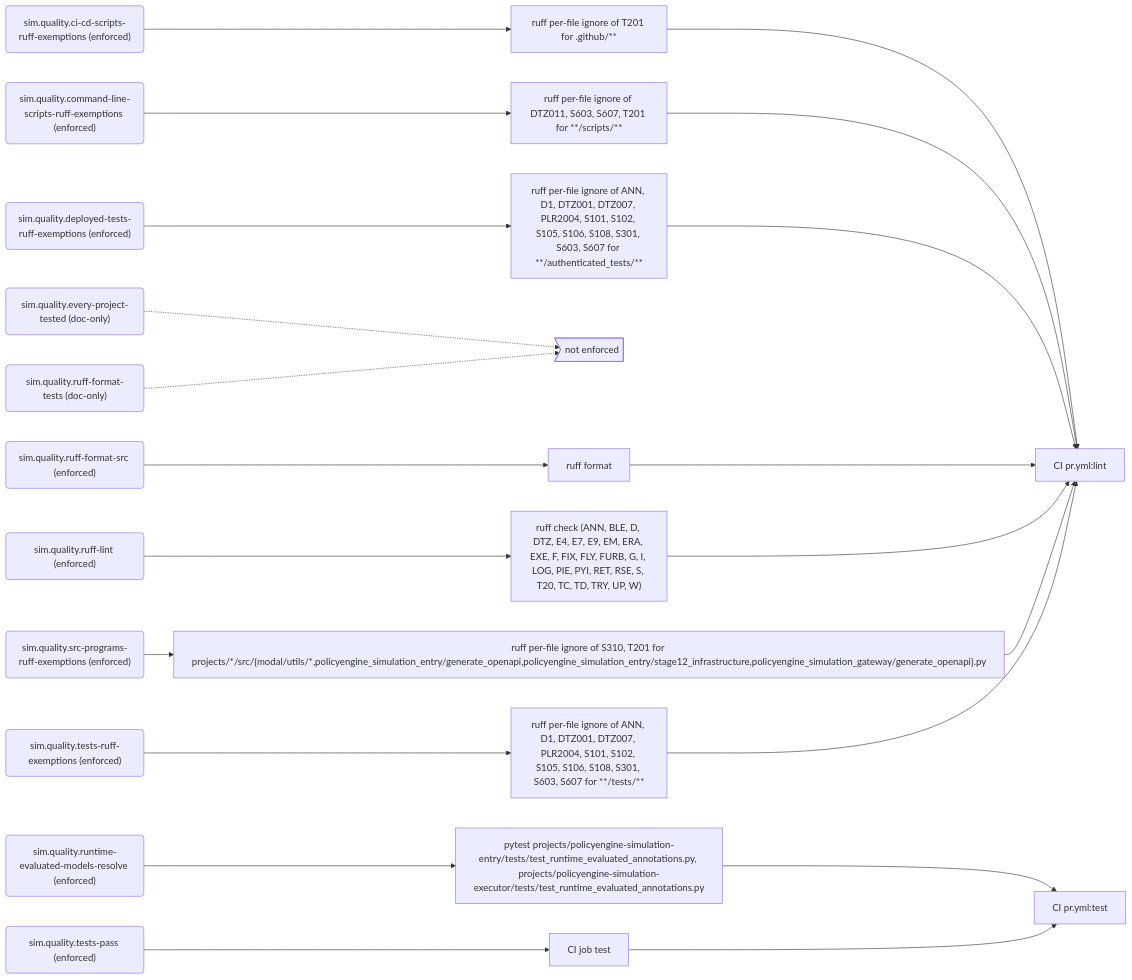
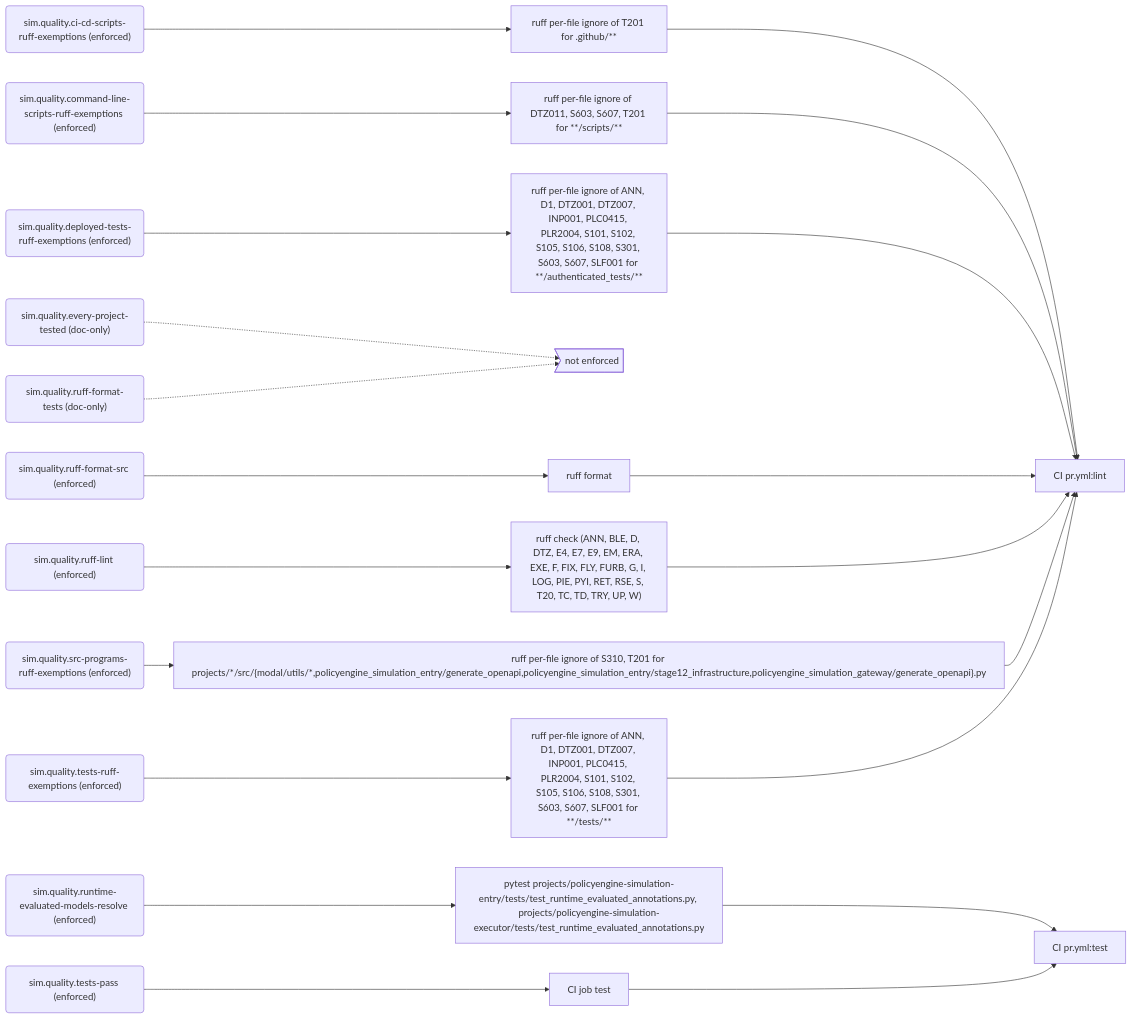
The sixth of 8 diagrams in docs/generated/rules.md (PolicyEngine/policyengine-sim-api), drawn with Mermaid before and after one commit. The commit also changed other lines of this file and 3 other files, not shown here.

First line of the commit message:
Exempt tests from SLF001, INP001 and PLC0415

````diff
--- a/docs/generated/rules.md
+++ b/docs/generated/rules.md
@@ -261,46 +261,46 @@
 ```mermaid
 flowchart LR
   r_sim_quality_ci_cd_scripts_ruff_exemptions("sim.quality.ci-cd-scripts-ruff-exemptions (enforced)")
   e_ruff_per_file_ignore_of_T201_for__github___["ruff per-file ignore of T201 for .github/**"]
   j_CI_pr_yml_lint["CI pr.yml:lint"]
   r_sim_quality_command_line_scripts_ruff_exemptions("sim.quality.command-line-scripts-ruff-exemptions (enforced)")
   e_ruff_per_file_ignore_of_DTZ011__S603__S607__T201_for____scripts___["ruff per-file ignore of DTZ011, S603, S607, T201 for **/scripts/**"]
   r_sim_quality_deployed_tests_ruff_exemptions("sim.quality.deployed-tests-ruff-exemptions (enforced)")
-  e_ruff_per_file_ignore_of_ANN__D1__DTZ001__DTZ007__PLR2004__S101__S102__S105__S106__S108__S301__S603__S607_for____authenticated_tests___["ruff per-file ignore of ANN, D1, DTZ001, DTZ007, PLR2004, S101, S102, S105, S106, S108, S301, S603, S607 for **/authenticated_tests/**"]
+  e_ruff_per_file_ignore_of_ANN__D1__DTZ001__DTZ007__INP001__PLC0415__PLR2004__S101__S102__S105__S106__S108__S301__S603__S607__SLF001_for____authenticated_tests___["ruff per-file ignore of ANN, D1, DTZ001, DTZ007, INP001, PLC0415, PLR2004, S101, S102, S105, S106, S108, S301, S603, S607, SLF001 for **/authenticated_tests/**"]
   r_sim_quality_every_project_tested("sim.quality.every-project-tested (doc-only)")
   gap_unenforced>"not enforced"]
   r_sim_quality_ruff_format_src("sim.quality.ruff-format-src (enforced)")
   e_ruff_format["ruff format"]
   r_sim_quality_ruff_format_tests("sim.quality.ruff-format-tests (doc-only)")
   r_sim_quality_ruff_lint("sim.quality.ruff-lint (enforced)")
   e_ruff_check__ANN__BLE__D__DTZ__E4__E7__E9__EM__ERA__EXE__F__FIX__FLY__FURB__G__I__LOG__PIE__PYI__RET__RSE__S__T20__TC__TD__TRY__UP__W_["ruff check (ANN, BLE, D, DTZ, E4, E7, E9, EM, ERA, EXE, F, FIX, FLY, FURB, G, I, LOG, PIE, PYI, RET, RSE, S, T20, TC, TD, TRY, UP, W)"]
   r_sim_quality_runtime_evaluated_models_resolve("sim.quality.runtime-evaluated-models-resolve (enforced)")
   e_pytest_projects_policyengine_simulation_entry_tests_test_runtime_evaluated_annotations_py__projects_policyengine_simulation_executor_tests_test_runtime_evaluated_annotations_py["pytest projects/policyengine-simulation-entry/tests/test_runtime_evaluated_annotations.py, projects/policyengine-simulation-executor/tests/test_runtime_evaluated_annotations.py"]
   j_CI_pr_yml_test["CI pr.yml:test"]
   r_sim_quality_src_programs_ruff_exemptions("sim.quality.src-programs-ruff-exemptions (enforced)")
   e_ruff_per_file_ignore_of_S310__T201_for_projects___src__modal_utils___policyengine_simulation_entry_generate_openapi_policyengine_simulation_entry_stage12_infrastructure_policyengine_simulation_gateway_generate_openapi__py["ruff per-file ignore of S310, T201 for projects/*/src/{modal/utils/*,policyengine_simulation_entry/generate_openapi,policyengine_simulation_entry/stage12_infrastructure,policyengine_simulation_gateway/generate_openapi}.py"]
   r_sim_quality_tests_pass("sim.quality.tests-pass (enforced)")
   e_CI_job_test["CI job test"]
   r_sim_quality_tests_ruff_exemptions("sim.quality.tests-ruff-exemptions (enforced)")
-  e_ruff_per_file_ignore_of_ANN__D1__DTZ001__DTZ007__PLR2004__S101__S102__S105__S106__S108__S301__S603__S607_for____tests___["ruff per-file ignore of ANN, D1, DTZ001, DTZ007, PLR2004, S101, S102, S105, S106, S108, S301, S603, S607 for **/tests/**"]
+  e_ruff_per_file_ignore_of_ANN__D1__DTZ001__DTZ007__INP001__PLC0415__PLR2004__S101__S102__S105__S106__S108__S301__S603__S607__SLF001_for____tests___["ruff per-file ignore of ANN, D1, DTZ001, DTZ007, INP001, PLC0415, PLR2004, S101, S102, S105, S106, S108, S301, S603, S607, SLF001 for **/tests/**"]
   r_sim_quality_ci_cd_scripts_ruff_exemptions --> e_ruff_per_file_ignore_of_T201_for__github___
   e_ruff_per_file_ignore_of_T201_for__github___ --> j_CI_pr_yml_lint
   r_sim_quality_command_line_scripts_ruff_exemptions --> e_ruff_per_file_ignore_of_DTZ011__S603__S607__T201_for____scripts___
   e_ruff_per_file_ignore_of_DTZ011__S603__S607__T201_for____scripts___ --> j_CI_pr_yml_lint
-  r_sim_quality_deployed_tests_ruff_exemptions --> e_ruff_per_file_ignore_of_ANN__D1__DTZ001__DTZ007__PLR2004__S101__S102__S105__S106__S108__S301__S603__S607_for____authenticated_tests___
-  e_ruff_per_file_ignore_of_ANN__D1__DTZ001__DTZ007__PLR2004__S101__S102__S105__S106__S108__S301__S603__S607_for____authenticated_tests___ --> j_CI_pr_yml_lint
+  r_sim_quality_deployed_tests_ruff_exemptions --> e_ruff_per_file_ignore_of_ANN__D1__DTZ001__DTZ007__INP001__PLC0415__PLR2004__S101__S102__S105__S106__S108__S301__S603__S607__SLF001_for____authenticated_tests___
+  e_ruff_per_file_ignore_of_ANN__D1__DTZ001__DTZ007__INP001__PLC0415__PLR2004__S101__S102__S105__S106__S108__S301__S603__S607__SLF001_for____authenticated_tests___ --> j_CI_pr_yml_lint
   r_sim_quality_every_project_tested -.-> gap_unenforced
   r_sim_quality_ruff_format_src --> e_ruff_format
   e_ruff_format --> j_CI_pr_yml_lint
   r_sim_quality_ruff_format_tests -.-> gap_unenforced
   r_sim_quality_ruff_lint --> e_ruff_check__ANN__BLE__D__DTZ__E4__E7__E9__EM__ERA__EXE__F__FIX__FLY__FURB__G__I__LOG__PIE__PYI__RET__RSE__S__T20__TC__TD__TRY__UP__W_
   e_ruff_check__ANN__BLE__D__DTZ__E4__E7__E9__EM__ERA__EXE__F__FIX__FLY__FURB__G__I__LOG__PIE__PYI__RET__RSE__S__T20__TC__TD__TRY__UP__W_ --> j_CI_pr_yml_lint
   r_sim_quality_runtime_evaluated_models_resolve --> e_pytest_projects_policyengine_simulation_entry_tests_test_runtime_evaluated_annotations_py__projects_policyengine_simulation_executor_tests_test_runtime_evaluated_annotations_py
   e_pytest_projects_policyengine_simulation_entry_tests_test_runtime_evaluated_annotations_py__projects_policyengine_simulation_executor_tests_test_runtime_evaluated_annotations_py --> j_CI_pr_yml_test
   r_sim_quality_src_programs_ruff_exemptions --> e_ruff_per_file_ignore_of_S310__T201_for_projects___src__modal_utils___policyengine_simulation_entry_generate_openapi_policyengine_simulation_entry_stage12_infrastructure_policyengine_simulation_gateway_generate_openapi__py
   e_ruff_per_file_ignore_of_S310__T201_for_projects___src__modal_utils___policyengine_simulation_entry_generate_openapi_policyengine_simulation_entry_stage12_infrastructure_policyengine_simulation_gateway_generate_openapi__py --> j_CI_pr_yml_lint
   r_sim_quality_tests_pass --> e_CI_job_test
   e_CI_job_test --> j_CI_pr_yml_test
-  r_sim_quality_tests_ruff_exemptions --> e_ruff_per_file_ignore_of_ANN__D1__DTZ001__DTZ007__PLR2004__S101__S102__S105__S106__S108__S301__S603__S607_for____tests___
-  e_ruff_per_file_ignore_of_ANN__D1__DTZ001__DTZ007__PLR2004__S101__S102__S105__S106__S108__S301__S603__S607_for____tests___ --> j_CI_pr_yml_lint
+  r_sim_quality_tests_ruff_exemptions --> e_ruff_per_file_ignore_of_ANN__D1__DTZ001__DTZ007__INP001__PLC0415__PLR2004__S101__S102__S105__S106__S108__S301__S603__S607__SLF001_for____tests___
+  e_ruff_per_file_ignore_of_ANN__D1__DTZ001__DTZ007__INP001__PLC0415__PLR2004__S101__S102__S105__S106__S108__S301__S603__S607__SLF001_for____tests___ --> j_CI_pr_yml_lint
 ```
````
